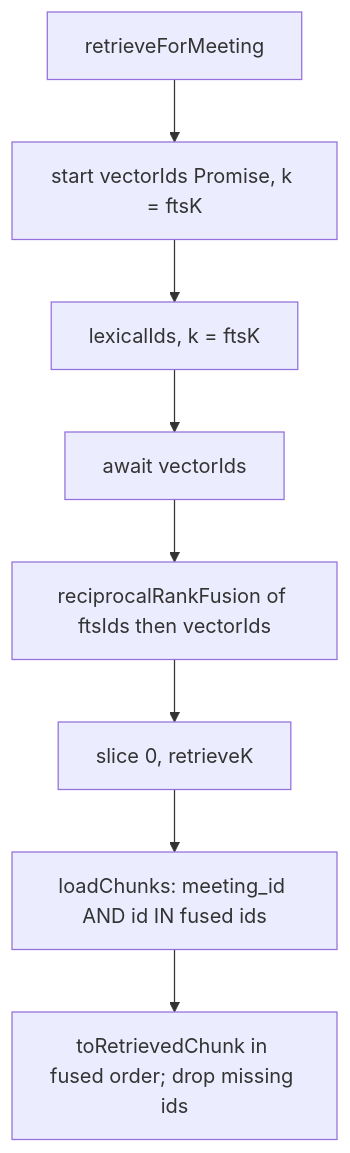
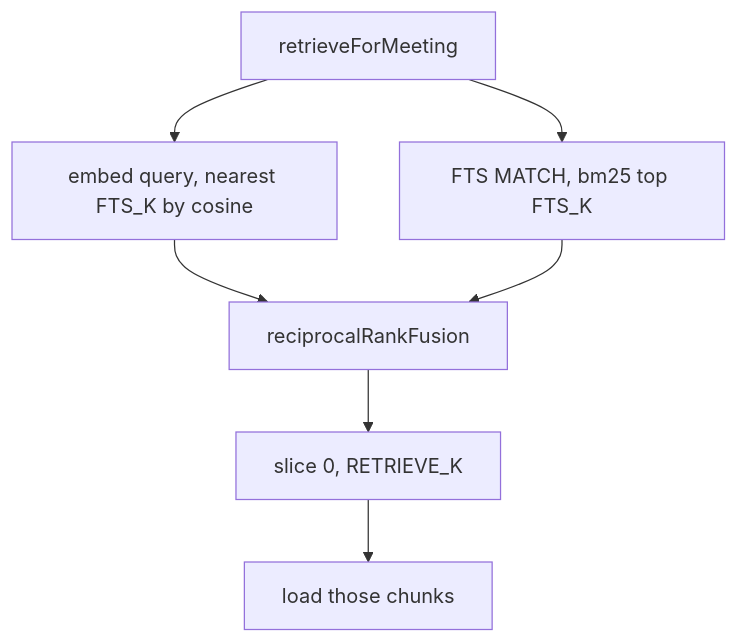
One commit to adamrefaey/meeting-intelligence changed the second of 4 diagrams in docs/flows/retrieval.md. Above: the diagram before and after it, drawn with Mermaid. The commit also changed other lines of this file and 2 other files, not shown here.

````diff
--- a/docs/flows/retrieval.md
+++ b/docs/flows/retrieval.md
@@ -127,13 +38,14 @@
 ```mermaid
 flowchart TD
   start["retrieveForMeeting"]
-  startVec["start vectorIds Promise, k = ftsK"]
-  lex["lexicalIds, k = ftsK"]
-  awaitVec["await vectorIds"]
-  rrf["reciprocalRankFusion of ftsIds then vectorIds"]
-  top["slice 0, retrieveK"]
-  load["loadChunks: meeting_id AND id IN fused ids"]
-  map["toRetrievedChunk in fused order; drop missing ids"]
+  vec["embed query, nearest FTS_K by cosine"]
+  lex["FTS MATCH, bm25 top FTS_K"]
+  rrf["reciprocalRankFusion"]
+  top["slice 0, RETRIEVE_K"]
+  load["load those chunks"]
 
-  start --> startVec --> lex --> awaitVec --> rrf --> top --> load --> map
+  start --> vec
+  start --> lex
+  vec --> rrf
+  lex --> rrf --> top --> load
 ```
````
